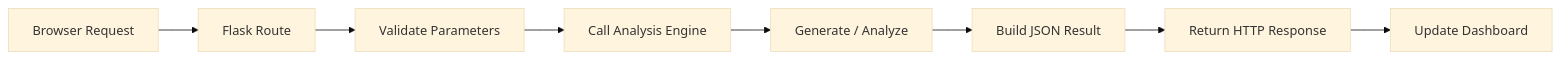
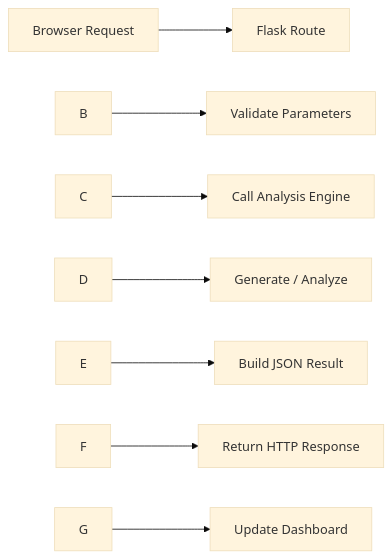
The third of 3 diagrams in README.md (Dfi-spec/gnss_dashboard), drawn with Mermaid (base theme) before and after one commit. The commit also changed other lines of this file and 1 other file, not shown here.

````diff
--- a/README.md
+++ b/README.md
@@ -883,10 +888,10 @@
 ```mermaid
 flowchart LR
-    A["Browser Request"] --> B["Flask Route"]
-    B --> C["Validate Parameters"]
-    C --> D["Call Analysis Engine"]
-    D --> E["Generate / Analyze"]
-    E --> F["Build JSON Result"]
-    F --> G["Return HTTP Response"]
-    G --> H["Update Dashboard"]
+    A\\\["Browser Request"] --> B\\\["Flask Route"]
+    B --> C\\\["Validate Parameters"]
+    C --> D\\\["Call Analysis Engine"]
+    D --> E\\\["Generate / Analyze"]
+    E --> F\\\["Build JSON Result"]
+    F --> G\\\["Return HTTP Response"]
+    G --> H\\\["Update Dashboard"]
 ```
````
